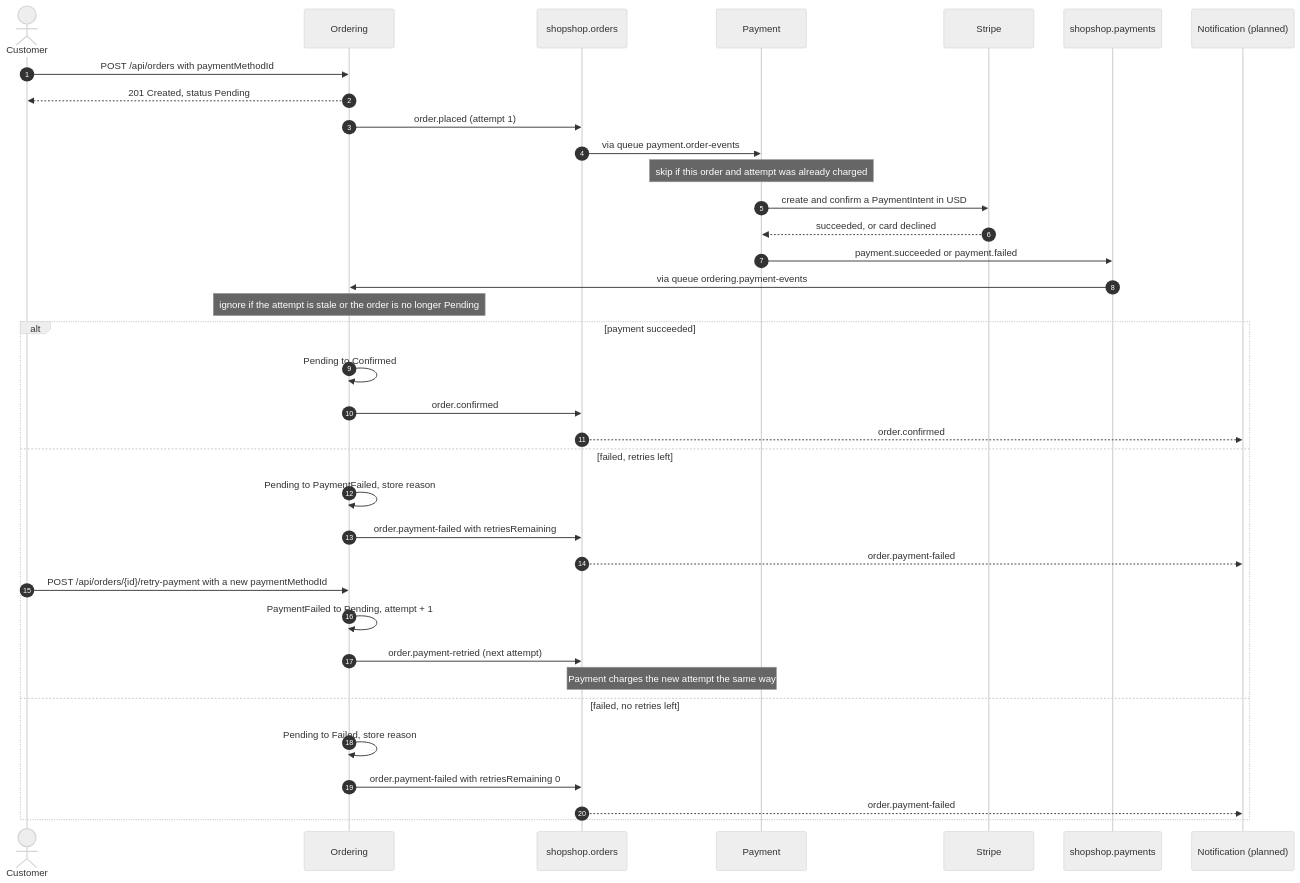
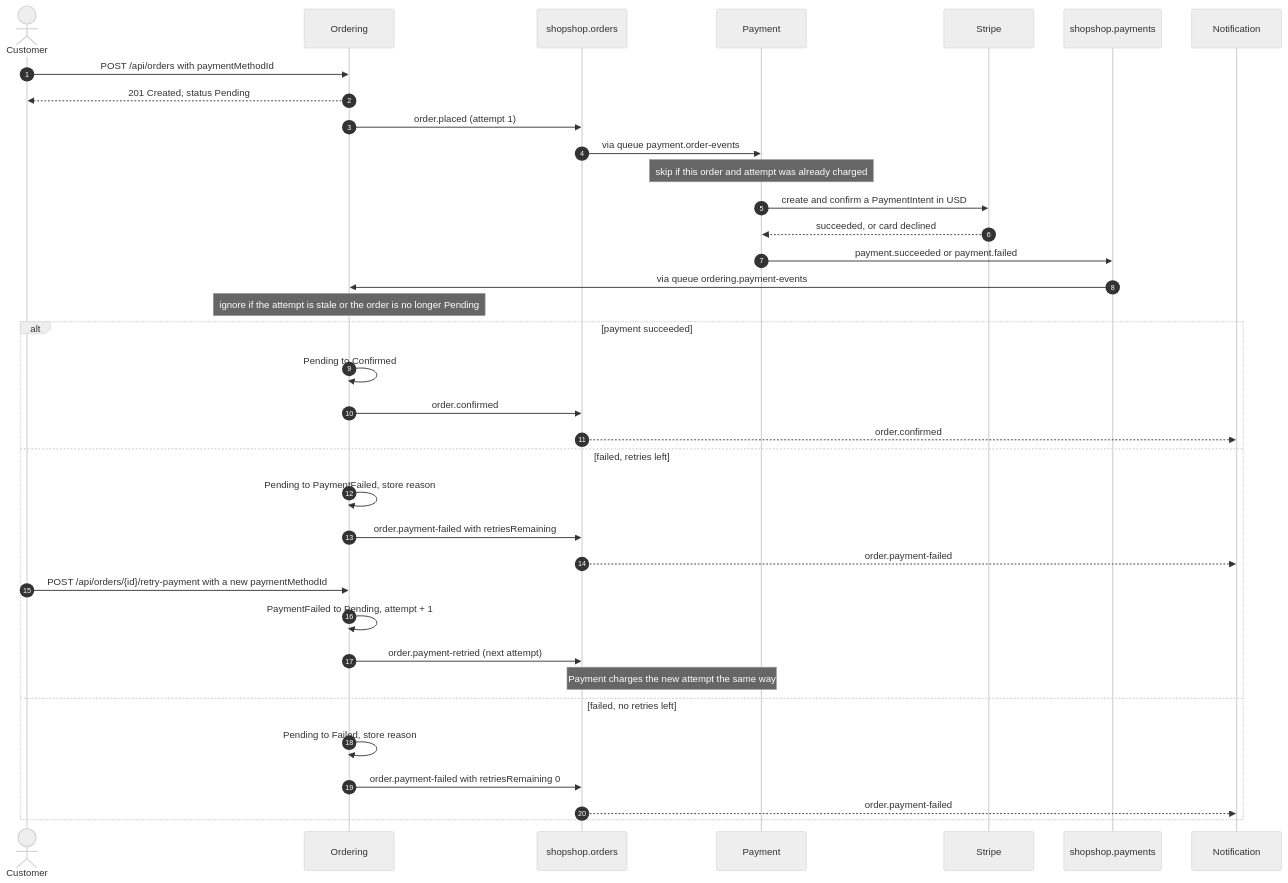
The second of 5 diagrams in docs/architecture.md (gurungsh/shopshop), drawn with Mermaid (neutral theme) before and after one commit. The commit also changed other lines of this file and 11 other files, not shown here.

````diff
--- a/docs/architecture.md
+++ b/docs/architecture.md
@@ -105,39 +102,39 @@
 ```mermaid
 sequenceDiagram
     autonumber
     actor C as Customer
     participant O as Ordering
     participant OX as shopshop.orders
     participant P as Payment
     participant S as Stripe
     participant PX as shopshop.payments
-    participant N as Notification (planned)
+    participant N as Notification
 
     C->>O: POST /api/orders with paymentMethodId
     O-->>C: 201 Created, status Pending
     O->>OX: order.placed (attempt 1)
     OX->>P: via queue payment.order-events
     Note over P: skip if this order and attempt was already charged
     P->>S: create and confirm a PaymentIntent in USD
     S-->>P: succeeded, or card declined
     P->>PX: payment.succeeded or payment.failed
     PX->>O: via queue ordering.payment-events
     Note over O: ignore if the attempt is stale or the order is no longer Pending
     alt payment succeeded
         O->>O: Pending to Confirmed
         O->>OX: order.confirmed
         OX-->>N: order.confirmed
     else failed, retries left
         O->>O: Pending to PaymentFailed, store reason
         O->>OX: order.payment-failed with retriesRemaining
         OX-->>N: order.payment-failed
         C->>O: POST /api/orders/{id}/retry-payment with a new paymentMethodId
         O->>O: PaymentFailed to Pending, attempt + 1
         O->>OX: order.payment-retried (next attempt)
         Note over OX,P: Payment charges the new attempt the same way
     else failed, no retries left
         O->>O: Pending to Failed, store reason
         O->>OX: order.payment-failed with retriesRemaining 0
         OX-->>N: order.payment-failed
     end
 ```
````
